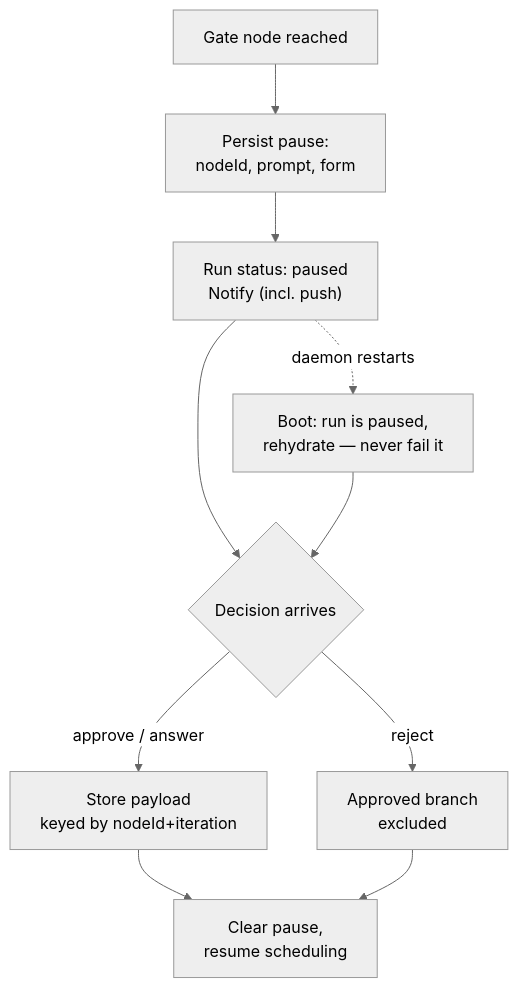
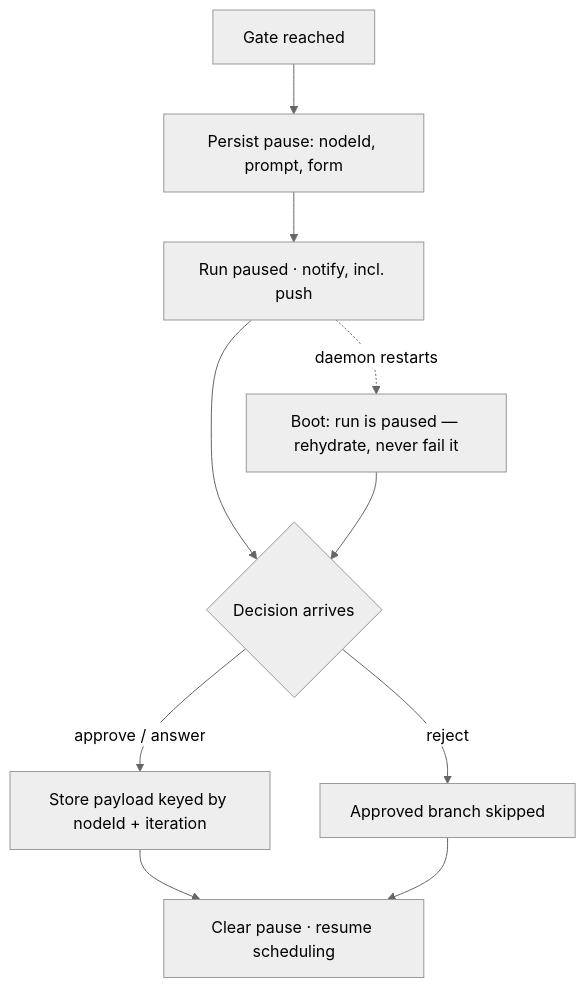
One commit to Draek2077/otto-code changed the diagram in archdocs/pages/15-orchestration-durability.adoc. Above: the diagram before and after it, drawn with Mermaid (neutral theme). The commit also changed other lines of this file and 16 other files, not shown here.

First line of the commit message:
docs(orchestration): rewrite the architecture chapter, open the graph-templates charter

```diff
--- a/archdocs/pages/15-orchestration-durability.adoc
+++ b/archdocs/pages/15-orchestration-durability.adoc
@@ -97,13 +110,13 @@
 [mermaid]
 ----
 flowchart TD
-  A["Gate node reached"] --> B["Persist pause:<br/>nodeId, prompt, form"]
-  B --> C["Run status: paused<br/>Notify (incl. push)"]
-  C --> D{"Decision arrives"}
-  D -->|"approve / answer"| E["Store payload<br/>keyed by nodeId+iteration"]
-  D -->|"reject"| F["Approved branch<br/>excluded"]
-  E --> G["Clear pause,<br/>resume scheduling"]
+  A[Gate reached] --> B[Persist pause: nodeId, prompt, form]
+  B --> C[Run paused · notify, incl. push]
+  C --> D{Decision arrives}
+  D -->|approve / answer| E[Store payload keyed by nodeId + iteration]
+  D -->|reject| F[Approved branch skipped]
+  E --> G[Clear pause · resume scheduling]
   F --> G
-  C -.->|"daemon restarts"| H["Boot: run is paused,<br/>rehydrate — never fail it"]
+  C -.->|daemon restarts| H[Boot: run is paused — rehydrate, never fail it]
   H --> D
 ----
```
